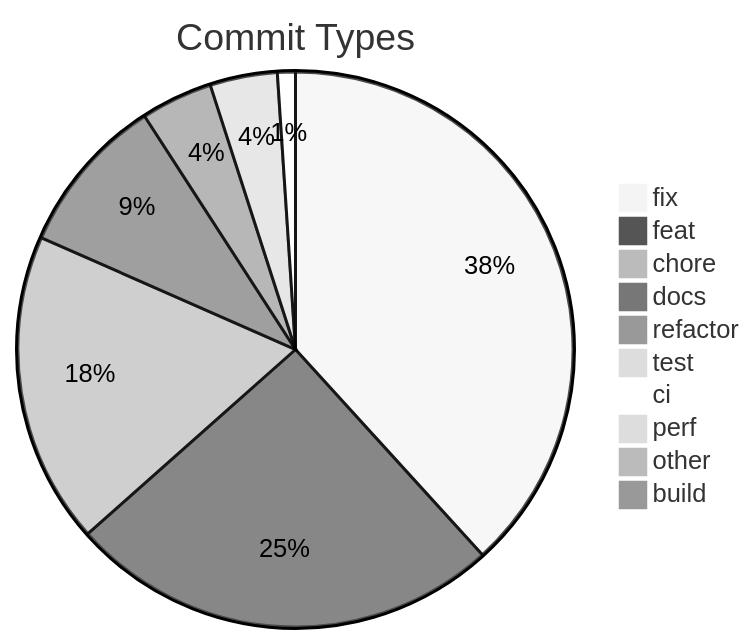
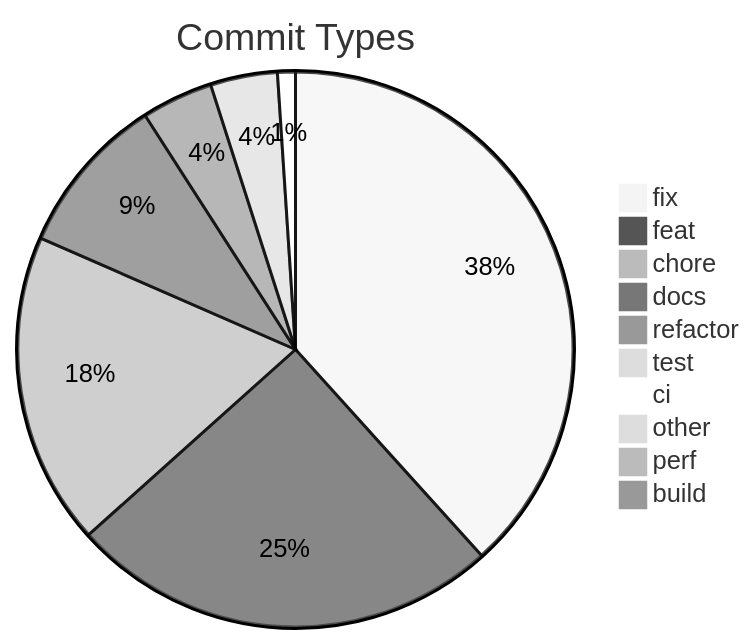
Before and after one commit to svenroth-ai/shipwright-webui: the diagram in .shipwright/compliance/change-history.md, drawn with Mermaid (neutral theme). The commit also changed other lines of this file and 52 other files, not shown here.

````diff
--- a/.shipwright/compliance/change-history.md
+++ b/.shipwright/compliance/change-history.md
@@ -10,13 +10,13 @@
 ```mermaid
 pie title Commit Types
-    "fix" : 293
+    "fix" : 295
     "feat" : 193
-    "chore" : 139
-    "docs" : 71
+    "chore" : 140
+    "docs" : 72
     "refactor" : 32
     "test" : 30
     "ci" : 8
+    "other" : 5
     "perf" : 5
-    "other" : 4
     "build" : 1
 ```
````
